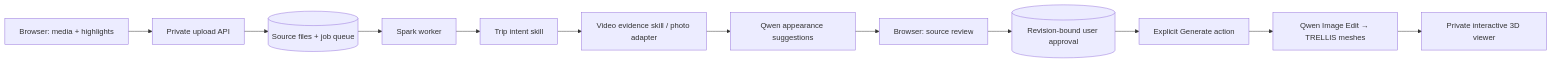
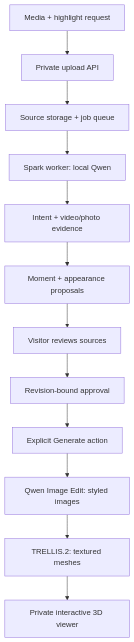
Before and after one commit to dsgn2002/MemGen: the diagram in upload-app/README.md, drawn with Mermaid. The commit also changed other lines of this file and 7 other files, not shown here.

````diff
--- a/upload-app/README.md
+++ b/upload-app/README.md
@@ -10,14 +10,14 @@
 ```mermaid
-flowchart LR
-    A[Browser: media + highlights] --> B[Private upload API]
-    B --> C[(Source files + job queue)]
-    C --> D[Spark worker]
-    D --> E[Trip intent skill]
-    E --> F[Video evidence skill / photo adapter]
-    F --> G[Qwen appearance suggestions]
-    G --> H[Browser: source review]
-    H --> I[(Revision-bound user approval)]
-    I --> J[Explicit Generate action]
-    J --> K[Qwen Image Edit → TRELLIS meshes]
-    K --> L[Private interactive 3D viewer]
+flowchart TD
+    A["Media + highlight request"] --> B["Private upload API"]
+    B --> C["Source storage + job queue"]
+    C --> D["Spark worker: local Qwen"]
+    D --> E["Intent + video/photo evidence"]
+    E --> F["Moment + appearance proposals"]
+    F --> G["Visitor reviews sources"]
+    G --> H["Revision-bound approval"]
+    H --> I["Explicit Generate action"]
+    I --> J["Qwen Image Edit: styled images"]
+    J --> K["TRELLIS.2: textured meshes"]
+    K --> L["Private interactive 3D viewer"]
 ```
````
